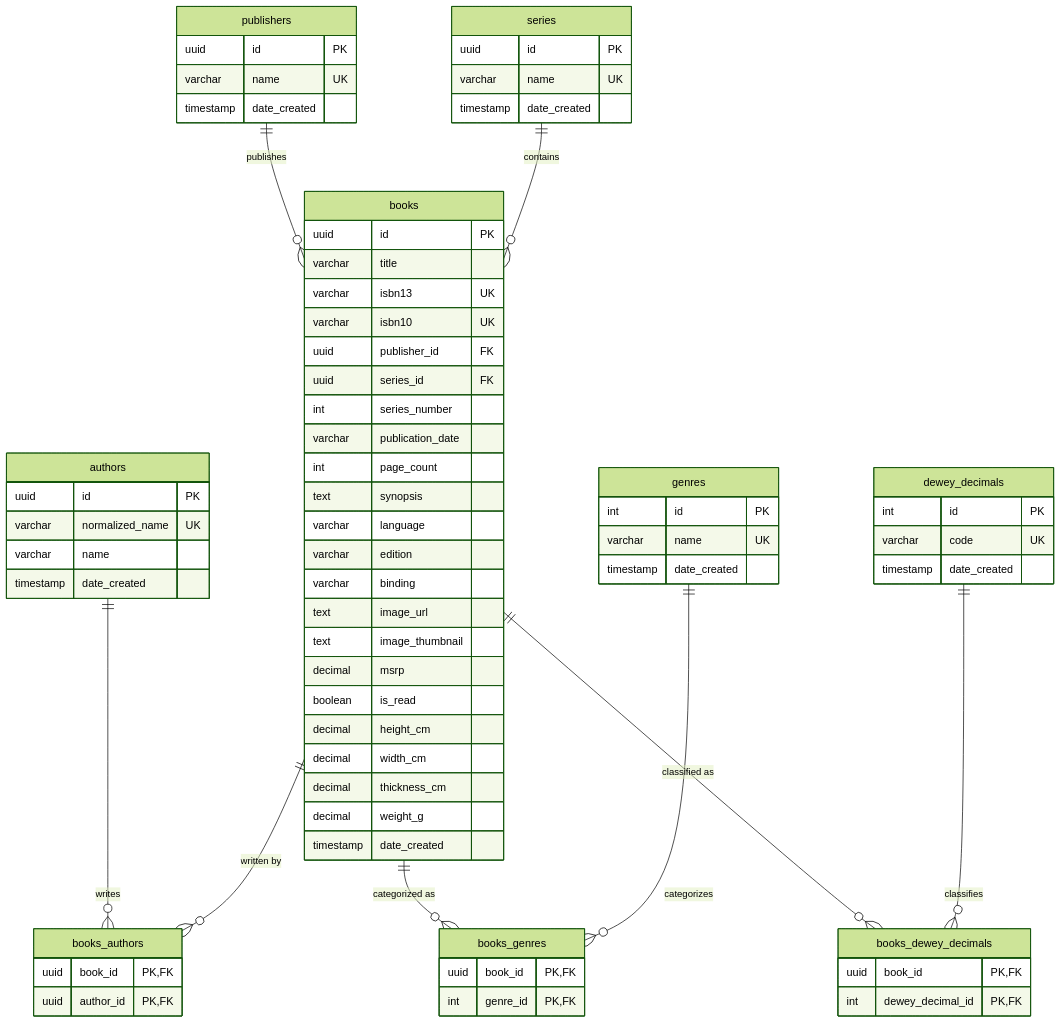
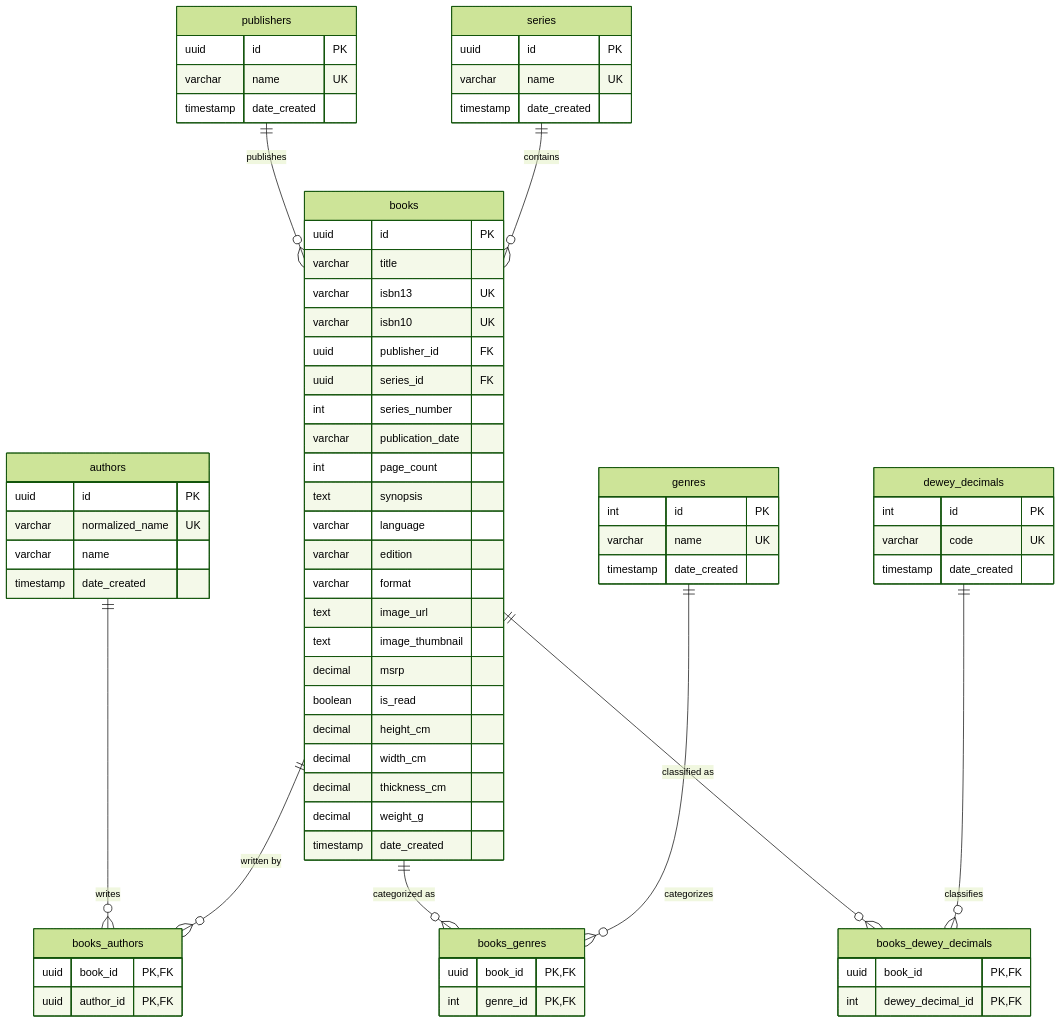
One commit to lynge96/Reveries changed the diagram in README.md. Above: the diagram before and after it, drawn with Mermaid (forest theme). The commit also changed 28 other files, not shown here.

```diff
--- a/README.md
+++ b/README.md
@@ -74,7 +74,7 @@
         text synopsis
         varchar language
         varchar edition
-        varchar binding
+        varchar format
         text image_url
         text image_thumbnail
         decimal msrp
```
